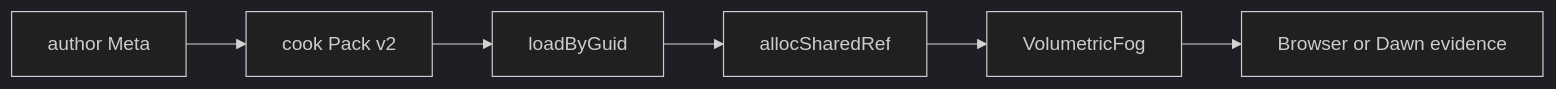
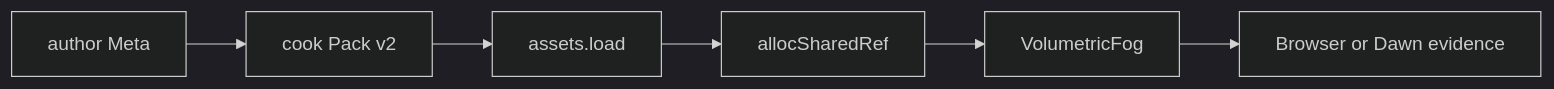
Before and after one commit to ForgeAX/forgeax-engine: the first of 2 diagrams in apps/hello/volumetric-fog/README.md, drawn with Mermaid (dark theme). The commit also changed other lines of this file and 4113 other files, not shown here.

````diff
--- a/apps/hello/volumetric-fog/README.md
+++ b/apps/hello/volumetric-fog/README.md
@@ -9,5 +9,5 @@
 ```mermaid
 flowchart LR
-  A["author Meta"] --> B["cook Pack v2"] --> C["loadByGuid"]
+  A["author Meta"] --> B["cook Pack v2"] --> C["assets.load"]
   C --> D["allocSharedRef"] --> E["VolumetricFog"] --> F["Browser or Dawn evidence"]
 ```
````
